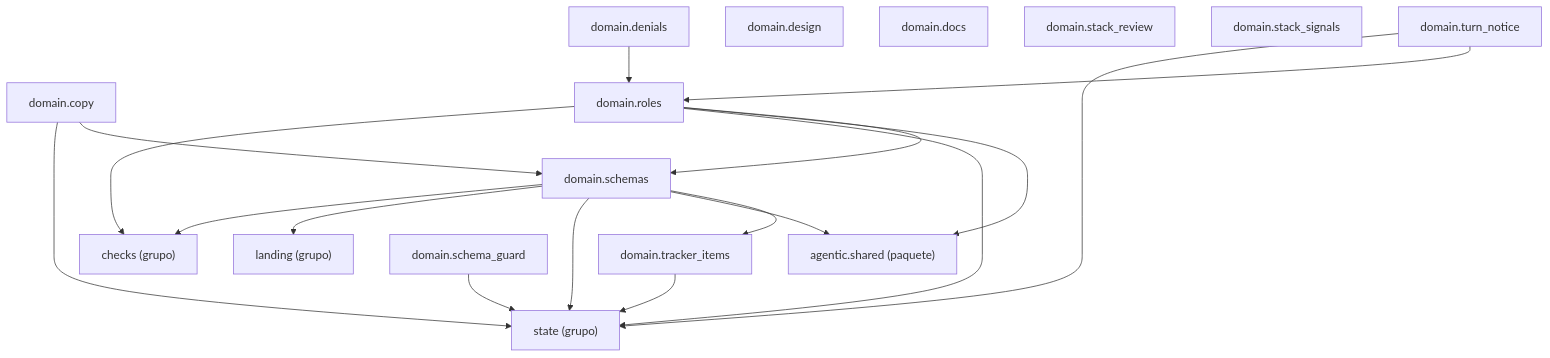
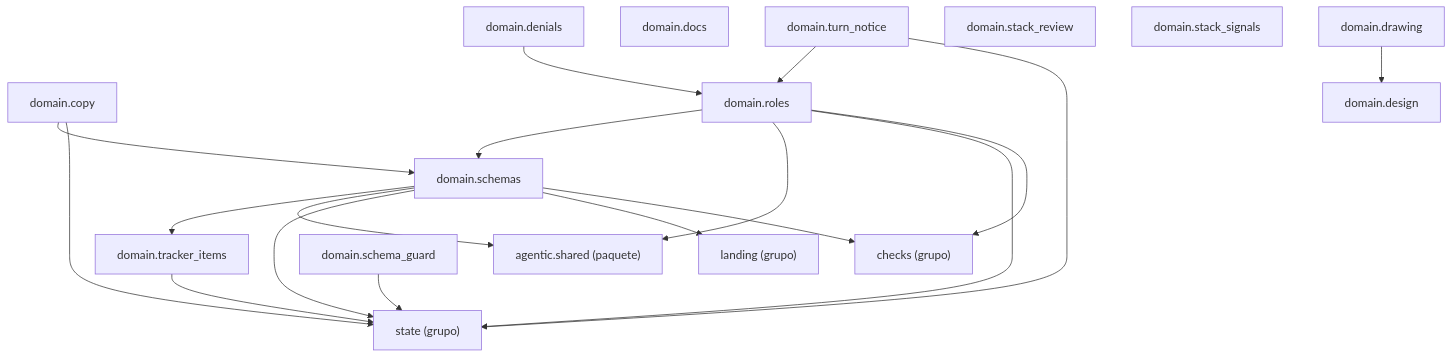
Before and after one commit to GonzaloZevallos/agentic-system: the diagram in docs/architecture/generated/packages-process-domain-roles.md, drawn with Mermaid.

Commit message:
Regenerate the roles package page for domain.drawing

````diff
--- a/docs/architecture/generated/packages-process-domain-roles.md
+++ b/docs/architecture/generated/packages-process-domain-roles.md
@@ -12,34 +12,36 @@
 ```mermaid
 graph TD
     g_domain__checks["checks (grupo)"]
     g_domain__landing["landing (grupo)"]
     g_domain__state["state (grupo)"]
     g_pkg__agentic__shared["agentic.shared (paquete)"]
     m_domain__copy["domain.copy"]
     m_domain__denials["domain.denials"]
     m_domain__design["domain.design"]
     m_domain__docs["domain.docs"]
+    m_domain__drawing["domain.drawing"]
     m_domain__roles["domain.roles"]
     m_domain__schema_guard["domain.schema_guard"]
     m_domain__schemas["domain.schemas"]
     m_domain__stack_review["domain.stack_review"]
     m_domain__stack_signals["domain.stack_signals"]
     m_domain__tracker_items["domain.tracker_items"]
     m_domain__turn_notice["domain.turn_notice"]
     m_domain__copy --> g_domain__state
     m_domain__copy --> m_domain__schemas
     m_domain__denials --> m_domain__roles
+    m_domain__drawing --> m_domain__design
     m_domain__roles --> g_domain__checks
     m_domain__roles --> g_domain__state
     m_domain__roles --> g_pkg__agentic__shared
     m_domain__roles --> m_domain__schemas
     m_domain__schema_guard --> g_domain__state
     m_domain__schemas --> g_domain__checks
     m_domain__schemas --> g_domain__landing
     m_domain__schemas --> g_domain__state
     m_domain__schemas --> g_pkg__agentic__shared
     m_domain__schemas --> m_domain__tracker_items
     m_domain__tracker_items --> g_domain__state
     m_domain__turn_notice --> g_domain__state
     m_domain__turn_notice --> m_domain__roles
 ```
````
